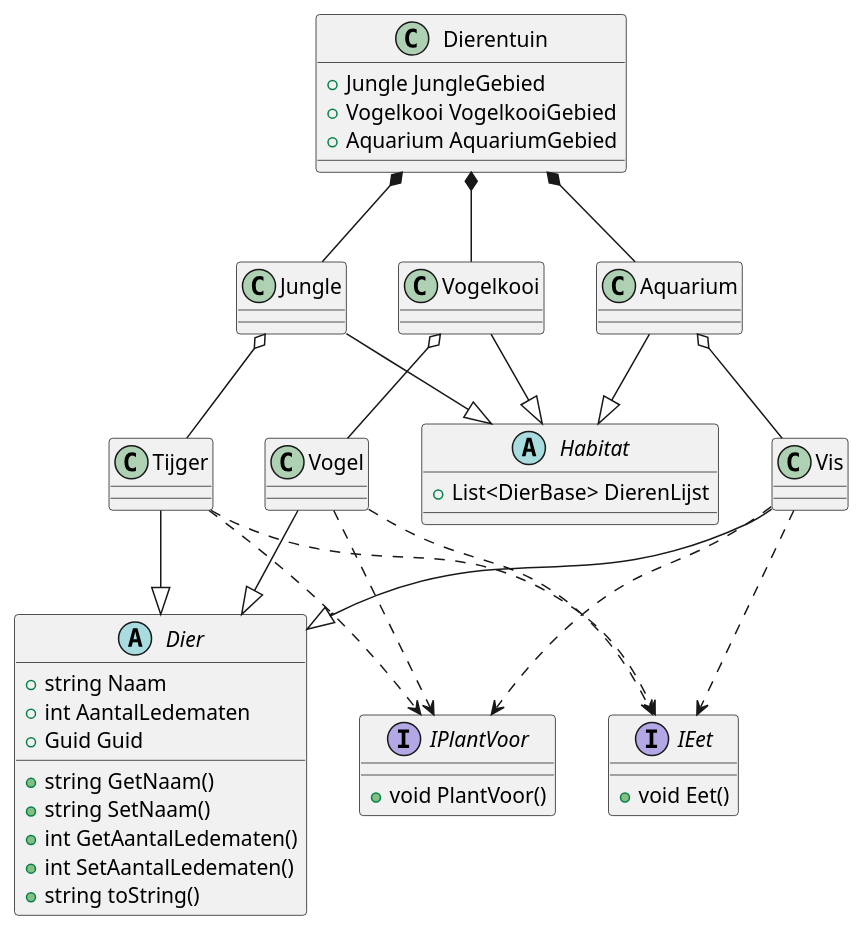
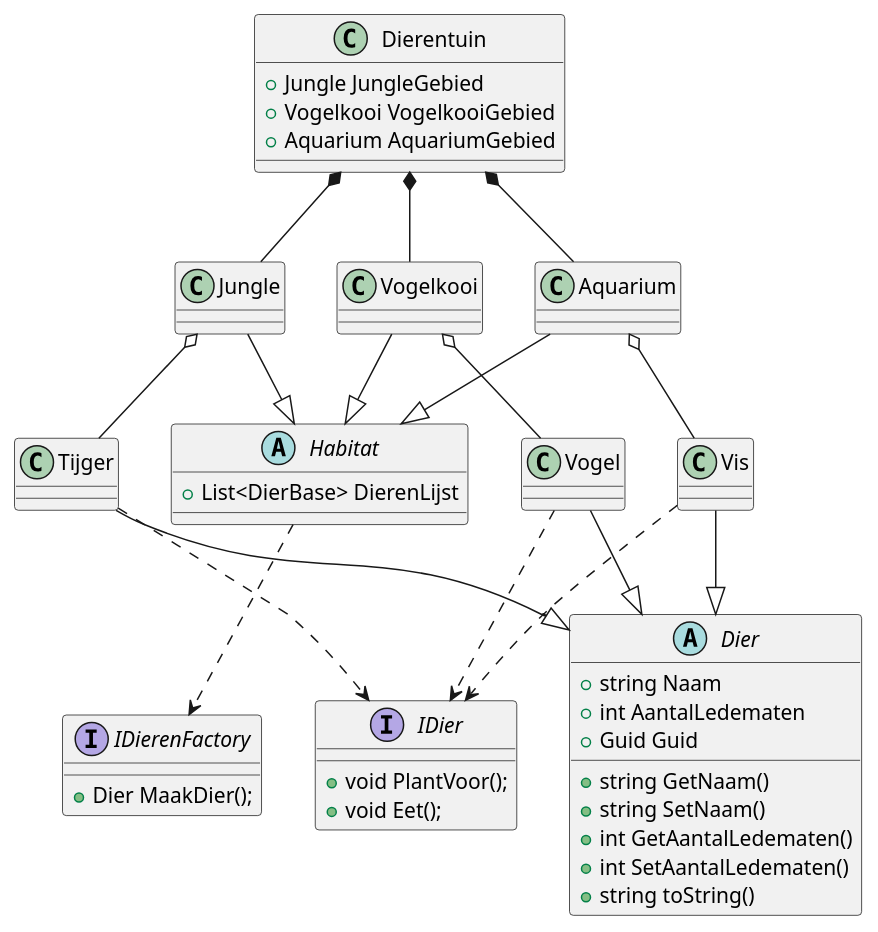
The diagram in ClassDiagramV0.3.puml (daniel1890/DierentuinCSharp), drawn with PlantUML before and after one commit. The commit also changed 5 other files, not shown here.

```diff
--- a/ClassDiagramV0.3.puml
+++ b/ClassDiagramV0.3.puml
@@ -1,74 +1,73 @@
 @startuml
 
 Abstract Class Dier {
 	+ string Naam
 	+ int AantalLedematen
 	+ Guid Guid
 	+ string GetNaam()
 	+ string SetNaam()
 	+ int GetAantalLedematen()
 	+ int SetAantalLedematen()
 	+ string toString()
 }
 
-Interface IPlantVoor {
-	+ void PlantVoor()
-}
-
-Interface IEet {
-	+ void Eet()
+Interface IDier {
+	+ void PlantVoor();
+	+ void Eet();
 }
 
 Class Tijger {
 }
 
 Class Vogel {
 }
 
 Class Vis {
 }
 
 Abstract Class Habitat {
 	+ List<DierBase> DierenLijst
+}
+
+Interface IDierenFactory {
+	+ Dier MaakDier();
 }
 
 Class Jungle {
 }
 
 Class Vogelkooi {
 }
 
 Class Aquarium {
 }
 
 Class Dierentuin {
 	+ Jungle JungleGebied
 	+ Vogelkooi VogelkooiGebied
 	+ Aquarium AquariumGebied
 }
 
 Tijger --|> Dier
 Vogel --|> Dier
 Vis --|> Dier
 
-Tijger..> IPlantVoor
-Vogel ..> IPlantVoor
-Vis ..> IPlantVoor
-
-Tijger ..> IEet
-Vogel ..> IEet
-Vis ..> IEet
+Tijger..> IDier
+Vogel ..> IDier
+Vis ..> IDier
 
 Jungle --|> Habitat
 Vogelkooi --|> Habitat
 Aquarium --|> Habitat
+
+Habitat ..> IDierenFactory
 
 Jungle o-- Tijger
 Vogelkooi o-- Vogel
 Aquarium o-- Vis
 
 Dierentuin *-- Jungle
 Dierentuin *-- Vogelkooi
 Dierentuin *-- Aquarium
 
 @enduml
```
